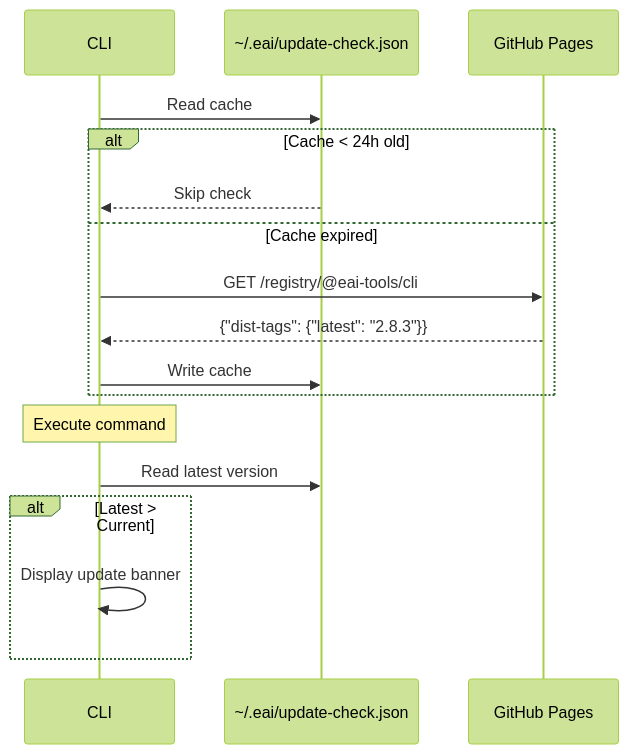
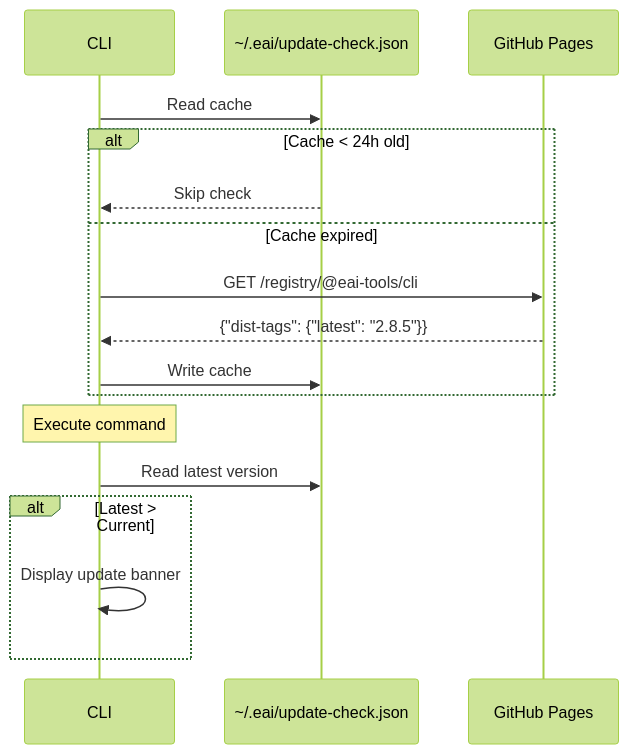
The second of 3 diagrams in .tech-docs/deployment.md (eai-support/eai), drawn with Mermaid (forest theme) before and after one commit. The commit also changed other lines of this file and 28 other files, not shown here.

````diff
--- a/.tech-docs/deployment.md
+++ b/.tech-docs/deployment.md
@@ -187,22 +187,22 @@
 ```mermaid
 sequenceDiagram
     participant CLI
     participant Cache as ~/.eai/update-check.json
     participant Registry as GitHub Pages
 
     CLI->>Cache: Read cache
     alt Cache < 24h old
         Cache-->>CLI: Skip check
     else Cache expired
         CLI->>Registry: GET /registry/@eai-tools/cli
-        Registry-->>CLI: {"dist-tags": {"latest": "2.8.3"}}
+        Registry-->>CLI: {"dist-tags": {"latest": "2.8.5"}}
         CLI->>Cache: Write cache
     end
 
     Note over CLI: Execute command
 
     CLI->>Cache: Read latest version
     alt Latest > Current
         CLI->>CLI: Display update banner
     end
 ```
````
